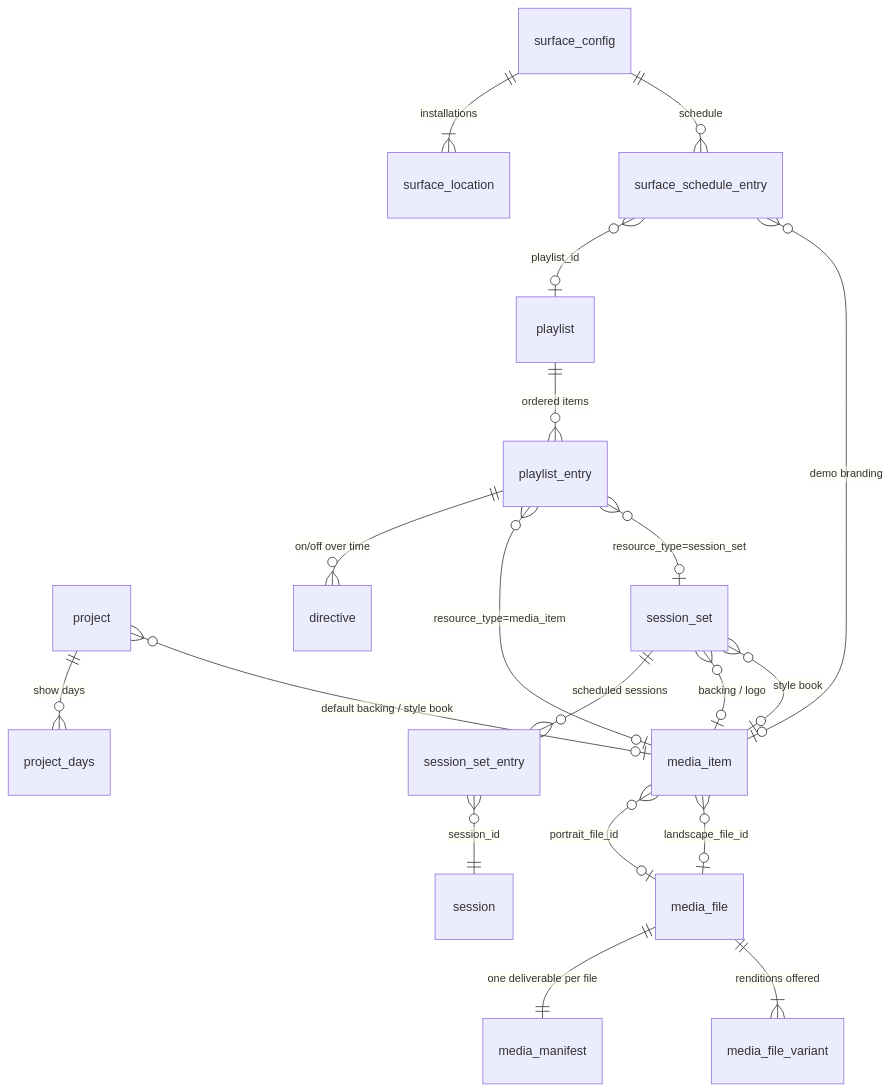
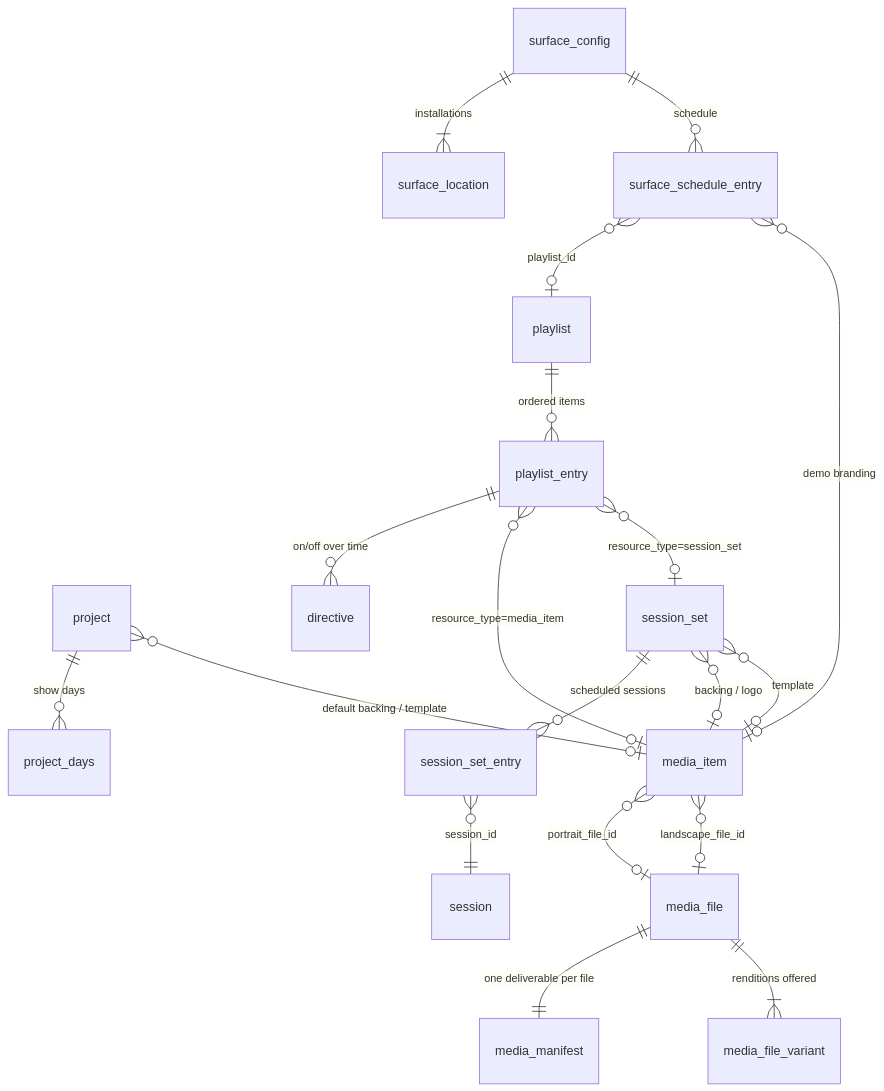
One commit to Mountain-View-Staging/marquee-cartridge-spec changed the first of 3 diagrams in README.md. Above: the diagram before and after it, drawn with Mermaid. The commit also changed other lines of this file and 47 other files, not shown here.

First line of the commit message:
Retire the style book: branding is the session board template's (§9)

````diff
--- a/README.md
+++ b/README.md
@@ -148,21 +147,21 @@
 ```mermaid
 erDiagram
     project ||--o{ project_days : "show days"
     surface_config ||--|{ surface_location : "installations"
     surface_config ||--o{ surface_schedule_entry : "schedule"
     surface_schedule_entry }o--o| playlist : "playlist_id"
     surface_schedule_entry }o--o| media_item : "demo branding"
     playlist ||--o{ playlist_entry : "ordered items"
     playlist_entry ||--o{ directive : "on/off over time"
     playlist_entry }o--o| media_item : "resource_type=media_item"
     playlist_entry }o--o| session_set : "resource_type=session_set"
     session_set ||--o{ session_set_entry : "scheduled sessions"
     session_set_entry }o--|| session : "session_id"
     session_set }o--o| media_item : "backing / logo"
     media_item }o--o| media_file : "portrait_file_id"
     media_item }o--o| media_file : "landscape_file_id"
-    project }o--o| media_item : "default backing / style book"
-    session_set }o--o| media_item : "style book"
+    project }o--o| media_item : "default backing / template"
+    session_set }o--o| media_item : "template"
     media_file ||--|| media_manifest : "one deliverable per file"
     media_file ||--|{ media_file_variant : "renditions offered"
 ```
````
